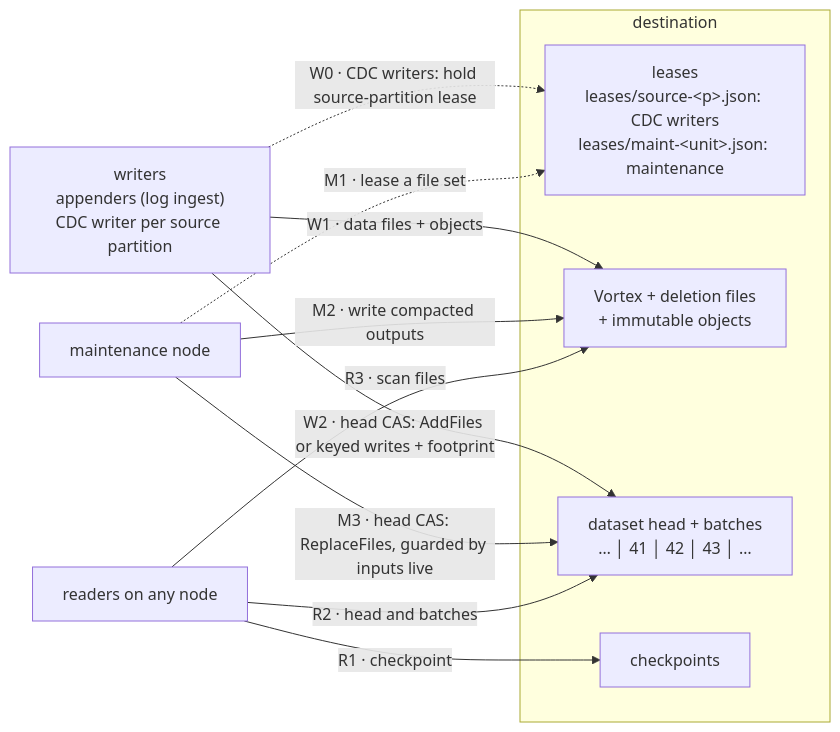
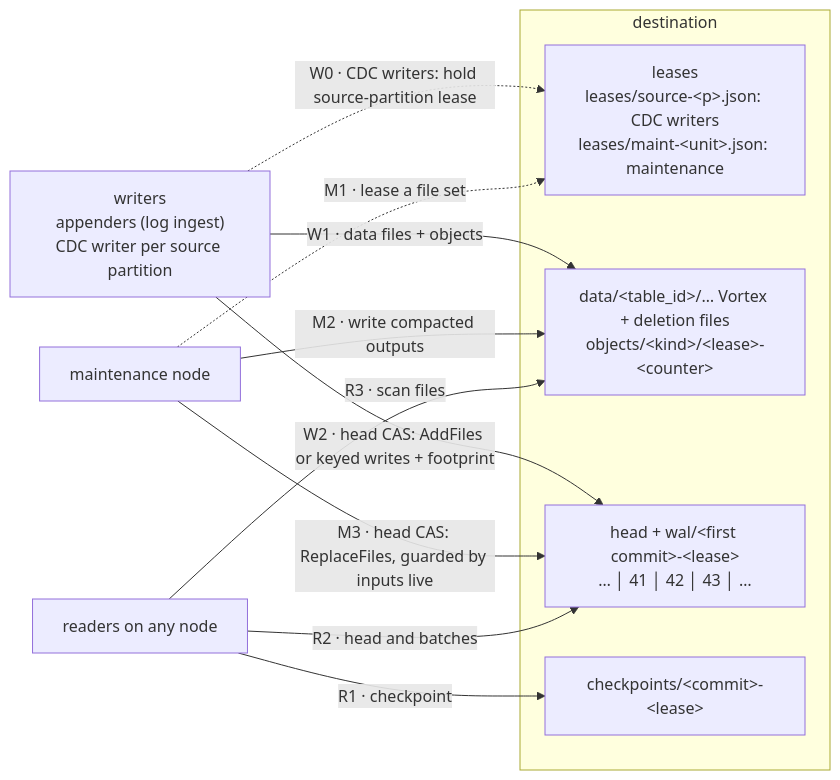
Before and after one commit to spiceai/spiceai: the fourth of 5 diagrams in docs/design/object-native-metastore-technical.md, drawn with Mermaid. The commit also changed other lines of this file and 2 other files, not shown here.

````diff
--- a/docs/design/object-native-metastore-technical.md
+++ b/docs/design/object-native-metastore-technical.md
@@ -1911,23 +1075,23 @@
 ```mermaid
 flowchart LR
     W["writers<br/>appenders (log ingest)<br/>CDC writer per source partition"]
     M["maintenance node"]
     Q["readers on any node"]
 
     subgraph DEST["destination"]
         L["leases<br/>leases/source-&lt;p&gt;.json: CDC writers<br/>leases/maint-&lt;unit&gt;.json: maintenance"]
-        DF["Vortex + deletion files<br/>+ immutable objects"]
-        LOG["dataset head + batches<br/>… │ 41 │ 42 │ 43 │ …"]
-        CK["checkpoints"]
+        DF["data/&lt;table_id&gt;/… Vortex + deletion files<br/>objects/&lt;kind&gt;/&lt;lease&gt;-&lt;counter&gt;"]
+        LOG["head + wal/&lt;first commit&gt;-&lt;lease&gt;<br/>… │ 41 │ 42 │ 43 │ …"]
+        CK["checkpoints/&lt;commit&gt;-&lt;lease&gt;"]
     end
 
     W -.->|"W0 · CDC writers: hold source-partition lease"| L
     W -->|"W1 · data files + objects"| DF
     W -->|"W2 · head CAS: AddFiles or keyed writes + footprint"| LOG
     M -.->|"M1 · lease a file set"| L
     M -->|"M2 · write compacted outputs"| DF
     M -->|"M3 · head CAS: ReplaceFiles, guarded by inputs live"| LOG
     Q -->|"R1 · checkpoint"| CK
     Q -->|"R2 · head and batches"| LOG
     Q -->|"R3 · scan files"| DF
 ```
````
